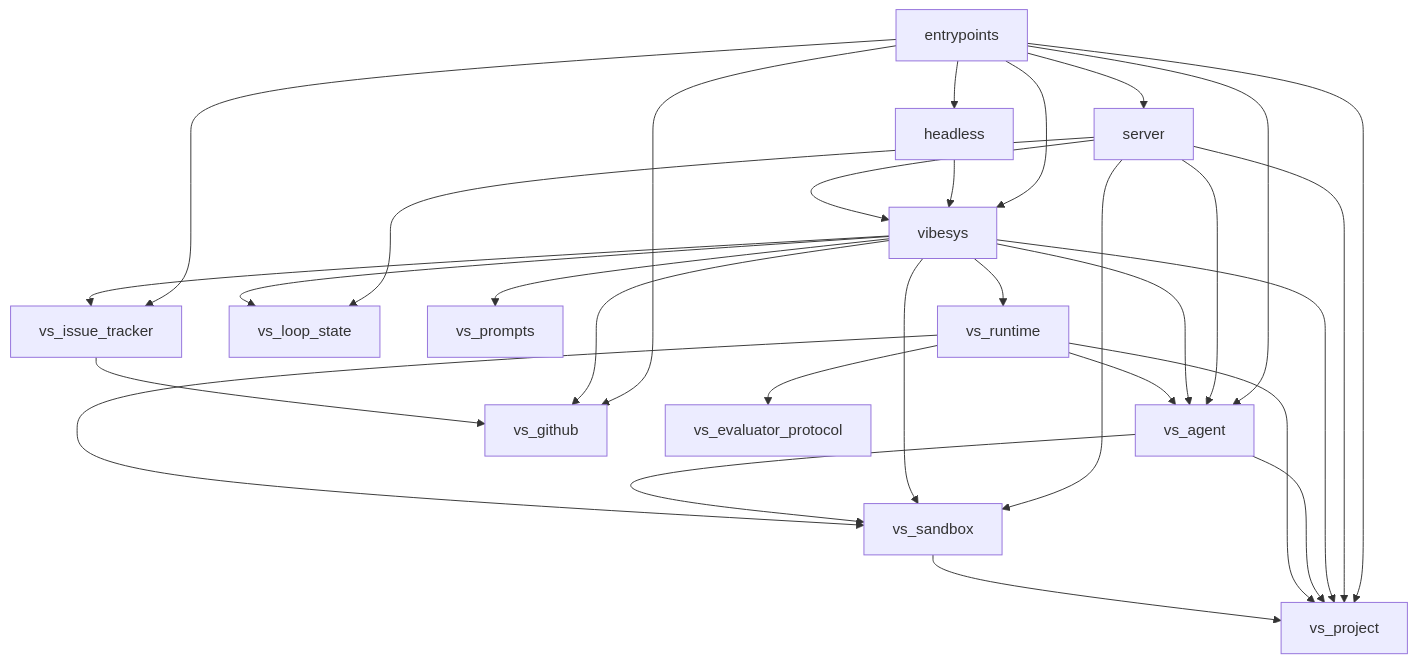
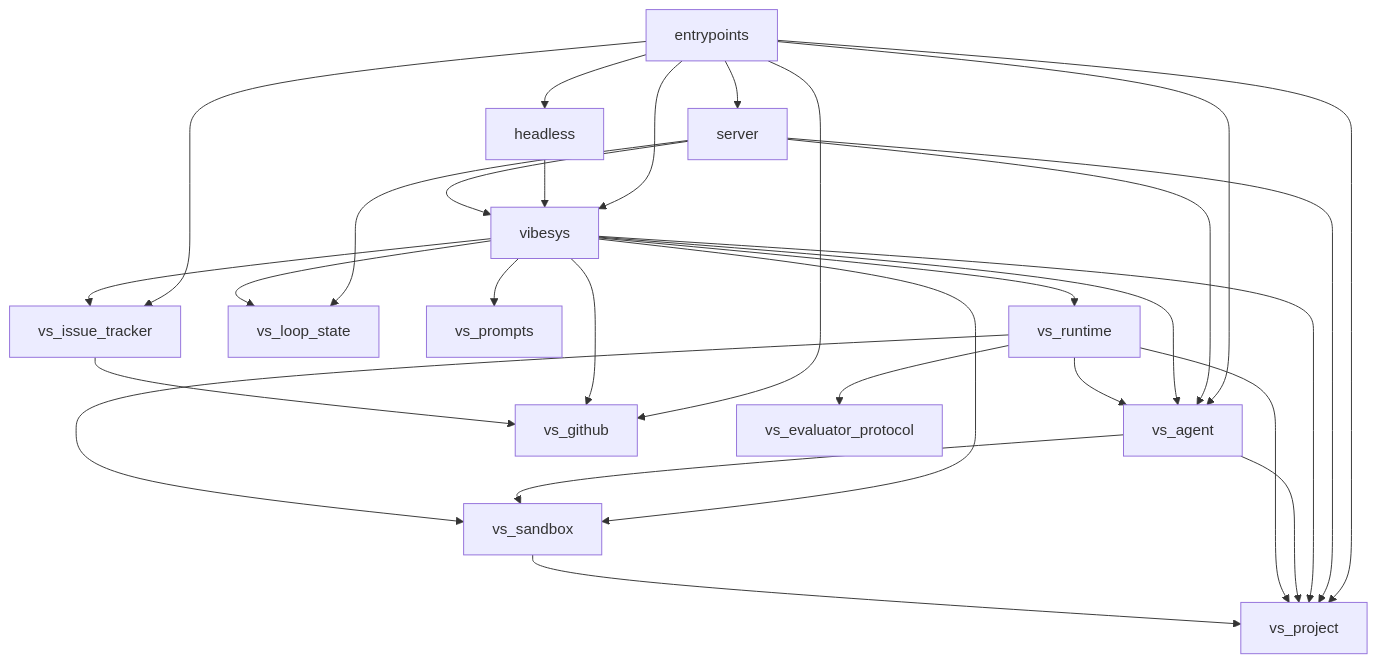
Before and after one commit to uw-syfi/vibesys: the first of 3 diagrams in docs/contributing/architecture.md, drawn with Mermaid. The commit also changed other lines of this file and 3 other files, not shown here.

Commit message:
Refresh architecture after policy colocation

````diff
--- a/docs/contributing/architecture.md
+++ b/docs/contributing/architecture.md
@@ -39,32 +39,31 @@
 ```mermaid
 graph TD
     entrypoints --> headless
     entrypoints --> server
     entrypoints --> vibesys
     entrypoints --> vs_agent
     entrypoints --> vs_github
     entrypoints --> vs_issue_tracker
     entrypoints --> vs_project
     headless --> vibesys
     server --> vibesys
     server --> vs_agent
     server --> vs_loop_state
     server --> vs_project
-    server --> vs_sandbox
     vibesys --> vs_agent
     vibesys --> vs_github
     vibesys --> vs_issue_tracker
     vibesys --> vs_loop_state
     vibesys --> vs_project
     vibesys --> vs_prompts
     vibesys --> vs_runtime
     vibesys --> vs_sandbox
     vs_agent --> vs_project
     vs_agent --> vs_sandbox
     vs_issue_tracker --> vs_github
     vs_runtime --> vs_agent
     vs_runtime --> vs_evaluator_protocol
     vs_runtime --> vs_project
     vs_runtime --> vs_sandbox
     vs_sandbox --> vs_project
 ```
````
